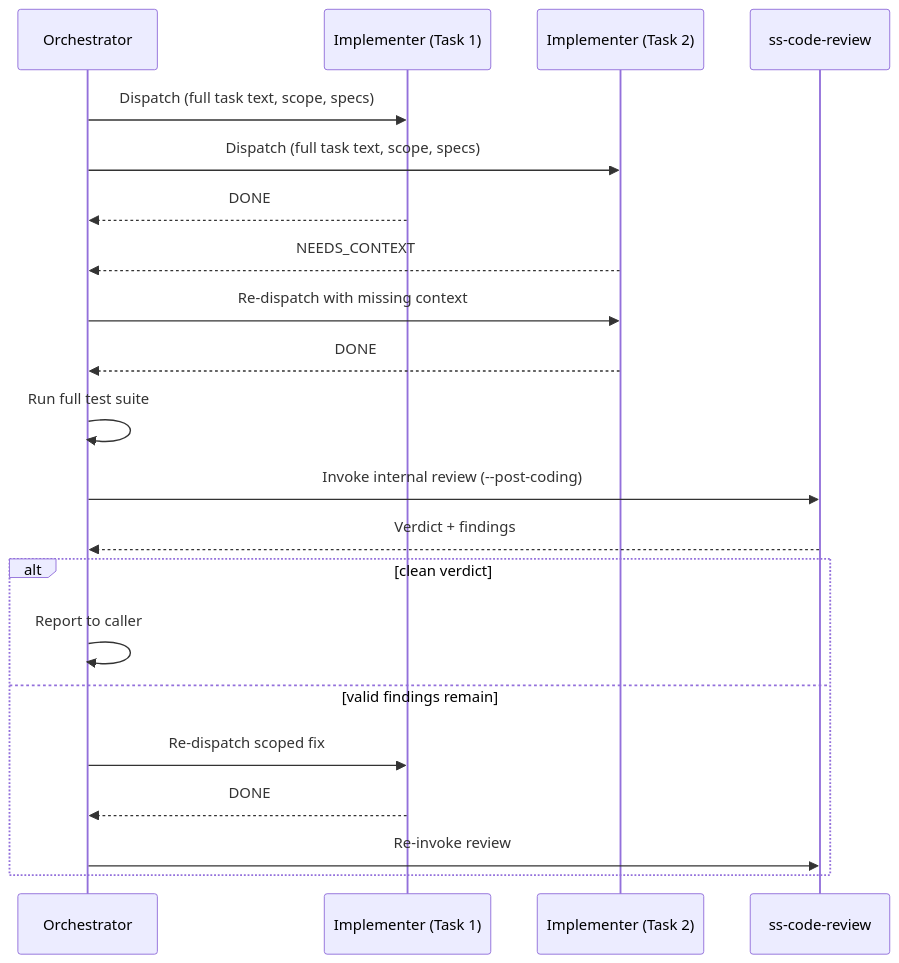
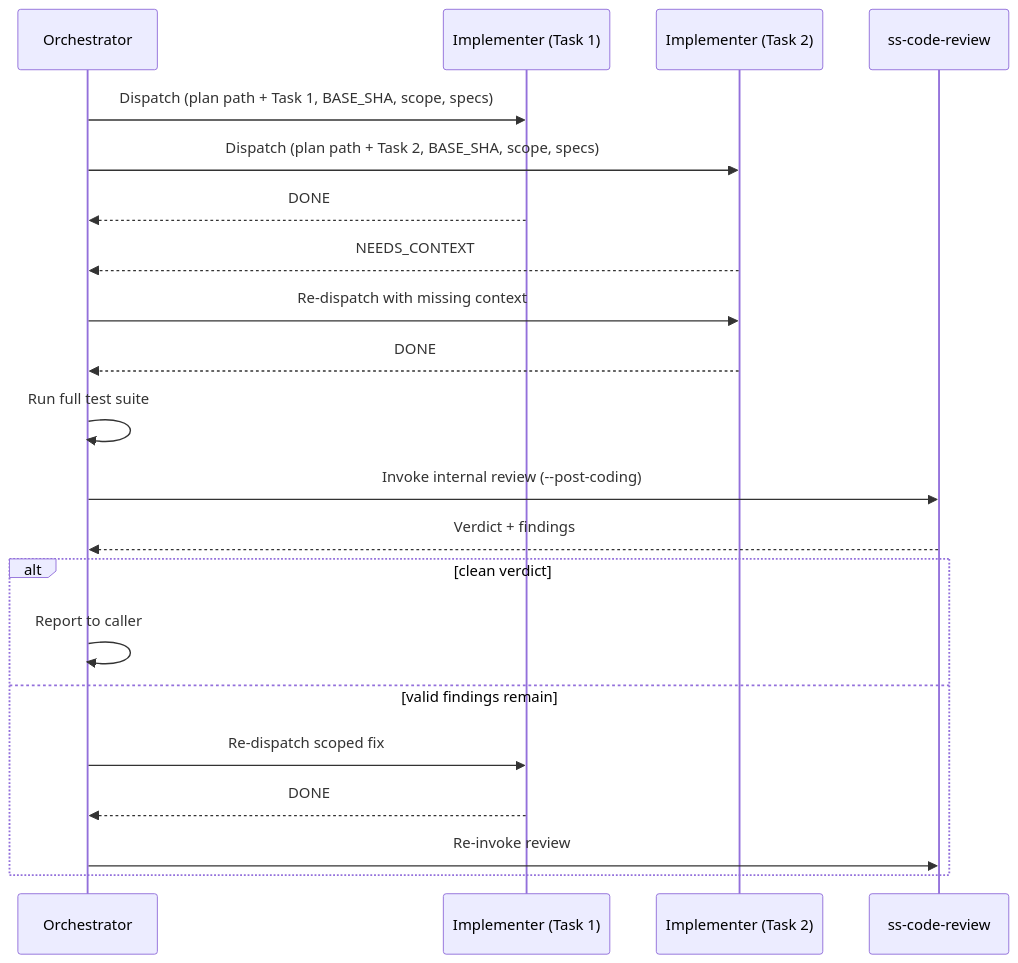
The diagram in docs/multi-agent.md (lbk-open/super-spec), drawn with Mermaid before and after one commit. The commit also changed other lines of this file and 14 other files, not shown here.

````diff
--- a/docs/multi-agent.md
+++ b/docs/multi-agent.md
@@ -17,24 +17,24 @@
 ```mermaid
 sequenceDiagram
     participant O as Orchestrator
     participant I1 as Implementer (Task 1)
     participant I2 as Implementer (Task 2)
     participant R as ss-code-review
 
-    O->>I1: Dispatch (full task text, scope, specs)
-    O->>I2: Dispatch (full task text, scope, specs)
+    O->>I1: Dispatch (plan path + Task 1, BASE_SHA, scope, specs)
+    O->>I2: Dispatch (plan path + Task 2, BASE_SHA, scope, specs)
     I1-->>O: DONE
     I2-->>O: NEEDS_CONTEXT
     O->>I2: Re-dispatch with missing context
     I2-->>O: DONE
     O->>O: Run full test suite
     O->>R: Invoke internal review (--post-coding)
     R-->>O: Verdict + findings
     alt clean verdict
         O->>O: Report to caller
     else valid findings remain
         O->>I1: Re-dispatch scoped fix
         I1-->>O: DONE
         O->>R: Re-invoke review
     end
 ```
````
